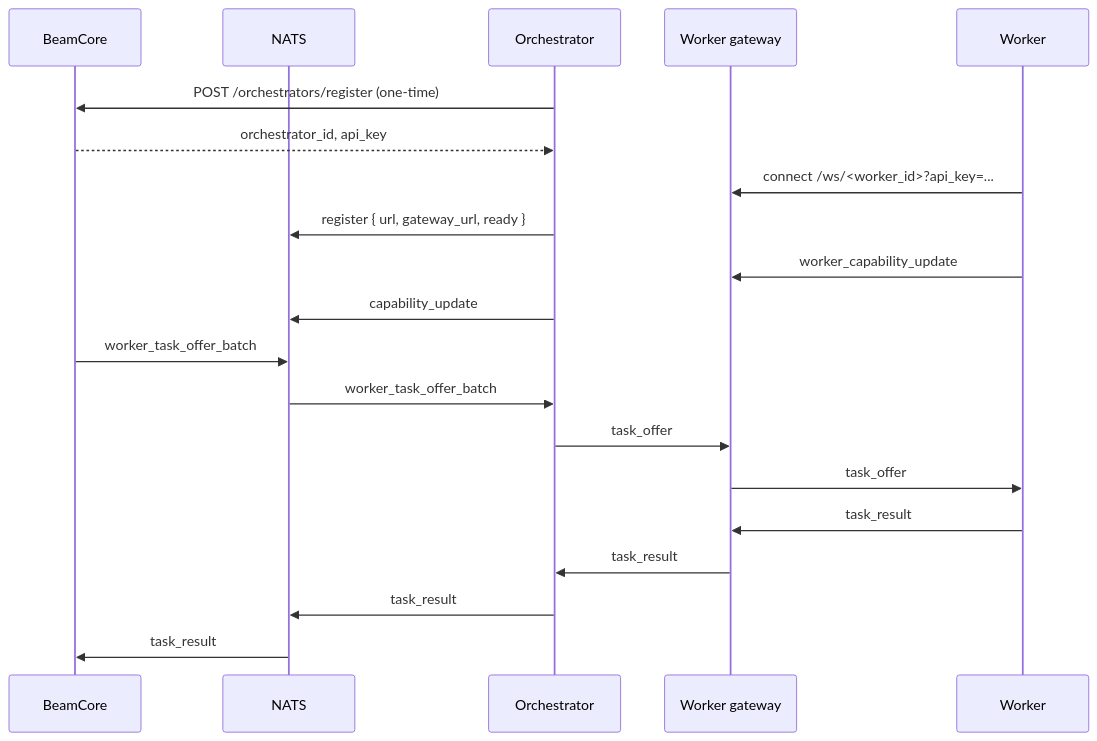
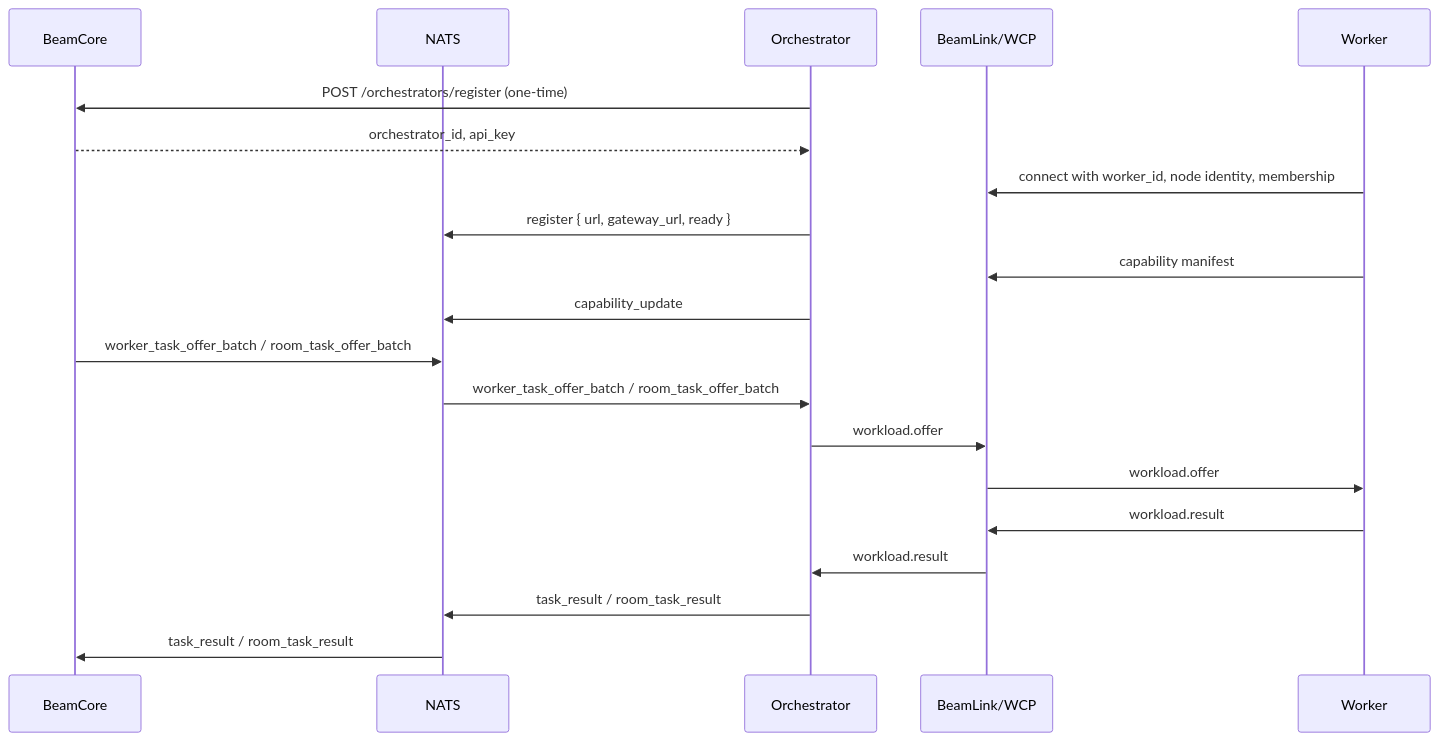
The diagram in guide/orchestrators.md (Beam-Network/beam), drawn with Mermaid before and after one commit. The commit also changed other lines of this file and 177 other files, not shown here.

````diff
--- a/guide/orchestrators.md
+++ b/guide/orchestrators.md
@@ -34,23 +34,23 @@
 ```mermaid
 sequenceDiagram
     participant BC as BeamCore
     participant NATS
     participant O as Orchestrator
-    participant WG as Worker gateway
+    participant WCP as BeamLink/WCP
     participant W as Worker
 
     O->>BC: POST /orchestrators/register (one-time)
     BC-->>O: orchestrator_id, api_key
-    W->>WG: connect /ws/<worker_id>?api_key=...
+    W->>WCP: connect with worker_id, node identity, membership
     O->>NATS: register { url, gateway_url, ready }
-    W->>WG: worker_capability_update
+    W->>WCP: capability manifest
     O->>NATS: capability_update
-    BC->>NATS: worker_task_offer_batch
-    NATS->>O: worker_task_offer_batch
-    O->>WG: task_offer
-    WG->>W: task_offer
-    W->>WG: task_result
-    WG->>O: task_result
-    O->>NATS: task_result
-    NATS->>BC: task_result
+    BC->>NATS: worker_task_offer_batch / room_task_offer_batch
+    NATS->>O: worker_task_offer_batch / room_task_offer_batch
+    O->>WCP: workload.offer
+    WCP->>W: workload.offer
+    W->>WCP: workload.result
+    WCP->>O: workload.result
+    O->>NATS: task_result / room_task_result
+    NATS->>BC: task_result / room_task_result
 ```
````
